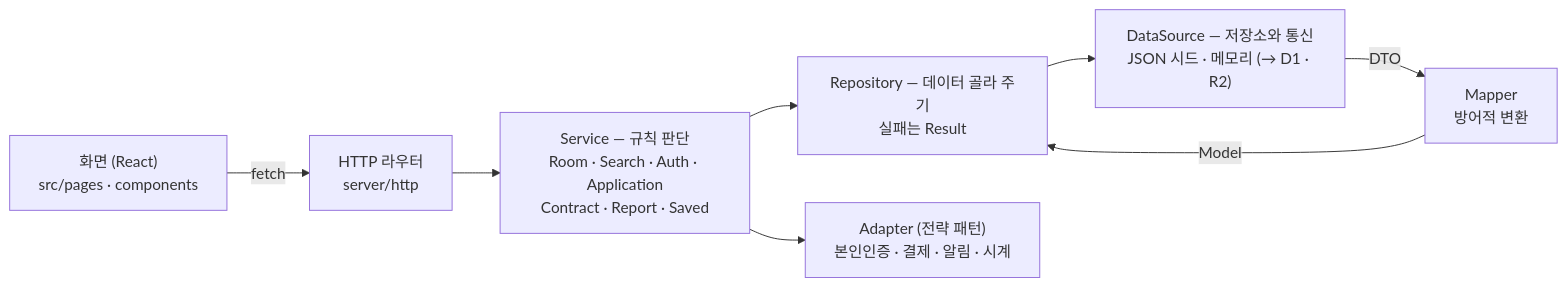
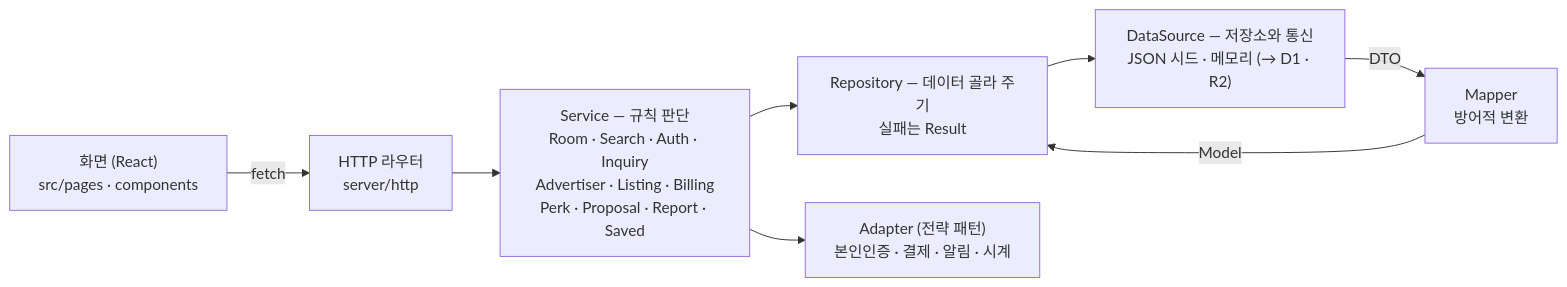
The diagram in README.md (mijin1996/wepApp_shareRoom_poom), drawn with Mermaid before and after one commit. The commit also changed other lines of this file and 12 other files, not shown here.

````diff
--- a/README.md
+++ b/README.md
@@ -47,10 +50,10 @@
 ```mermaid
 flowchart LR
   UI["화면 (React)<br/>src/pages · components"] -->|fetch| API["HTTP 라우터<br/>server/http"]
-  API --> SVC["Service — 규칙 판단<br/>Room · Search · Auth · Application<br/>Contract · Report · Saved"]
+  API --> SVC["Service — 규칙 판단<br/>Room · Search · Auth · Inquiry<br/>Advertiser · Listing · Billing<br/>Perk · Proposal · Report · Saved"]
   SVC --> REPO["Repository — 데이터 골라 주기<br/>실패는 Result"]
   REPO --> DS["DataSource — 저장소와 통신<br/>JSON 시드 · 메모리 (→ D1 · R2)"]
   DS -->|DTO| MAP["Mapper<br/>방어적 변환"]
   MAP -->|Model| REPO
   SVC --> AD["Adapter (전략 패턴)<br/>본인인증 · 결제 · 알림 · 시계"]
 ```
````
